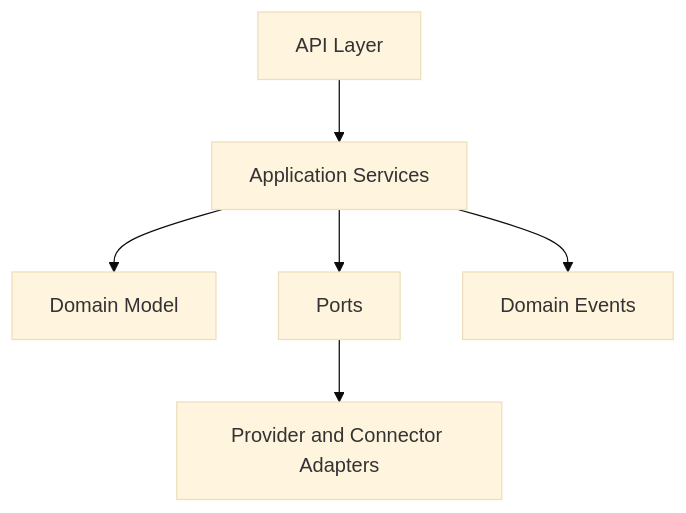
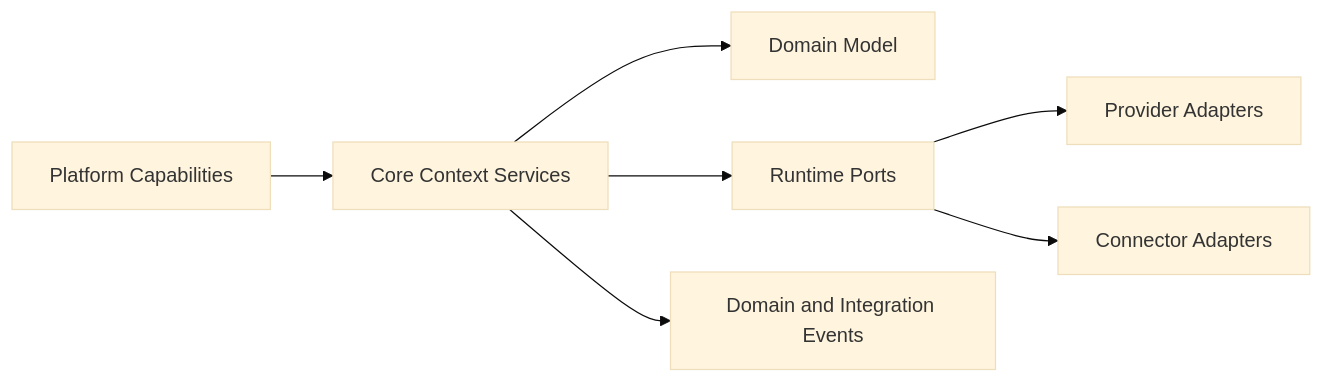
Before and after one commit to mksh8/opencontextplatform: the second of 2 diagrams in docs/architecture.md, drawn with Mermaid (base theme). The commit also changed other lines of this file and 5 other files, not shown here.

````diff
--- a/docs/architecture.md
+++ b/docs/architecture.md
@@ -19,8 +45,9 @@
 ```mermaid
-flowchart TD
-  API[API Layer] --> Application[Application Services]
-  Application --> Domain[Domain Model]
-  Application --> Ports[Ports]
-  Ports --> Adapters[Provider and Connector Adapters]
-  Application --> Events[Domain Events]
+flowchart LR
+  Core[Core Context Services] --> Domain[Domain Model]
+  Core --> Ports[Runtime Ports]
+  Ports --> ProviderAdapters[Provider Adapters]
+  Ports --> ConnectorAdapters[Connector Adapters]
+  Core --> Events[Domain and Integration Events]
+  Capabilities[Platform Capabilities] --> Core
 ```
````
